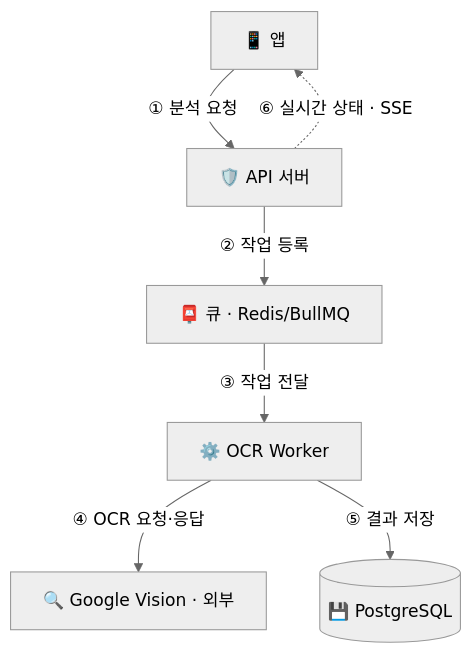
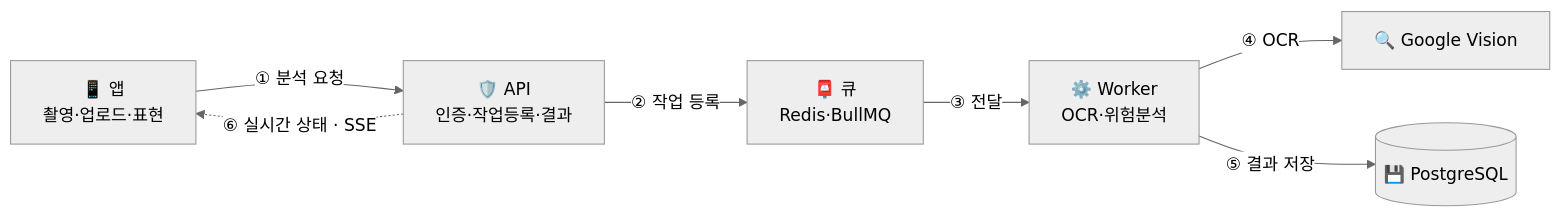
The first of 2 diagrams in README.md (kyungchan3007/clause-lens), drawn with Mermaid (neutral theme) before and after one commit. The commit also changed other lines of this file and 4 other files, not shown here.

````diff
--- a/README.md
+++ b/README.md
@@ -254,16 +55,16 @@
 ```mermaid
-flowchart TD
-    A["📱 앱"]
-    B["🛡️ API 서버"]
-    C["📮 큐 · Redis/BullMQ"]
-    D["⚙️ OCR Worker"]
-    E["🔍 Google Vision · 외부"]
+flowchart LR
+    A["📱 앱<br/>촬영·업로드·표현"]
+    B["🛡️ API<br/>인증·작업등록·결과"]
+    C["📮 큐<br/>Redis·BullMQ"]
+    D["⚙️ Worker<br/>OCR·위험분석"]
+    E["🔍 Google Vision"]
     F[("💾 PostgreSQL")]
 
     A -->|"① 분석 요청"| B
     B -->|"② 작업 등록"| C
-    C -->|"③ 작업 전달"| D
-    D -->|"④ OCR 요청·응답"| E
+    C -->|"③ 전달"| D
+    D -->|"④ OCR"| E
     D -->|"⑤ 결과 저장"| F
     B -.->|"⑥ 실시간 상태 · SSE"| A
 ```
````
